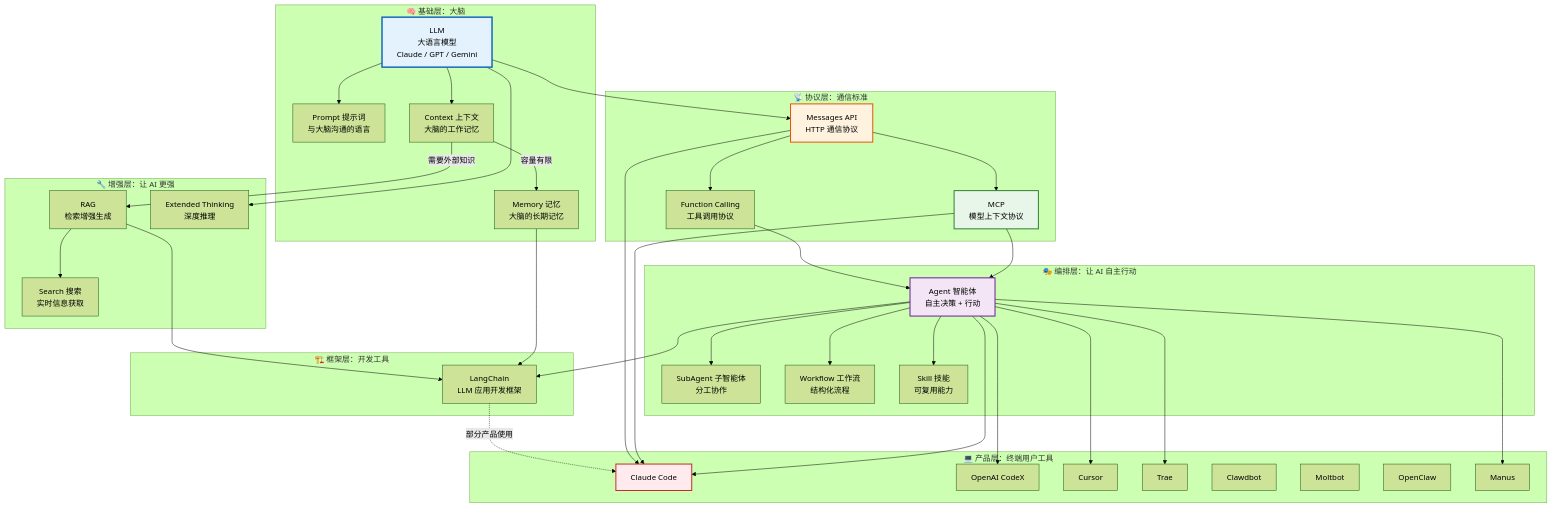
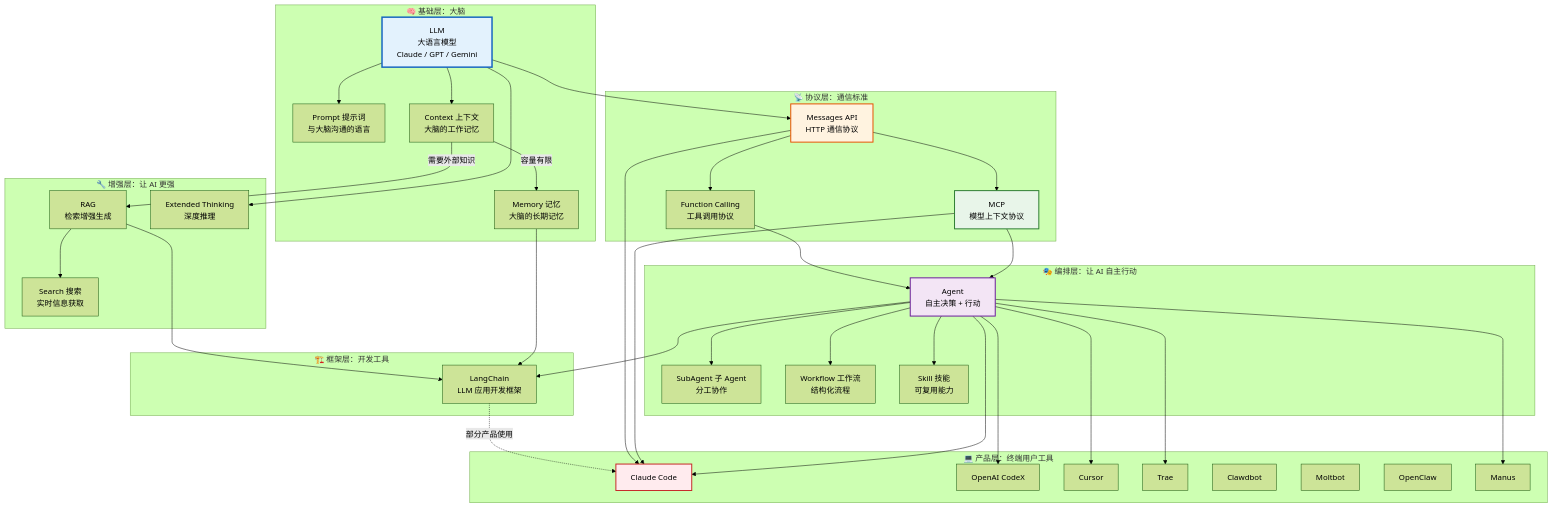
Before and after one commit to nadav-cheung/claudeai: the first of 16 diagrams in teaching/book/附录/附录E-AI生态全景图.md, drawn with Mermaid (forest theme). The commit also changed other lines of this file and 5 other files, not shown here.

```diff
--- a/teaching/book/附录/附录E-AI生态全景图.md
+++ b/teaching/book/附录/附录E-AI生态全景图.md
@@ -30,8 +30,8 @@
     end
 
     subgraph 编排层["🎭 编排层：让 AI 自主行动"]
-        AGENT["Agent 智能体<br/>自主决策 + 行动"]
-        SUB["SubAgent 子智能体<br/>分工协作"]
+        AGENT["Agent<br/>自主决策 + 行动"]
+        SUB["SubAgent 子 Agent<br/>分工协作"]
         WF["Workflow 工作流<br/>结构化流程"]
         SKILL["Skill 技能<br/>可复用能力"]
     end
```
